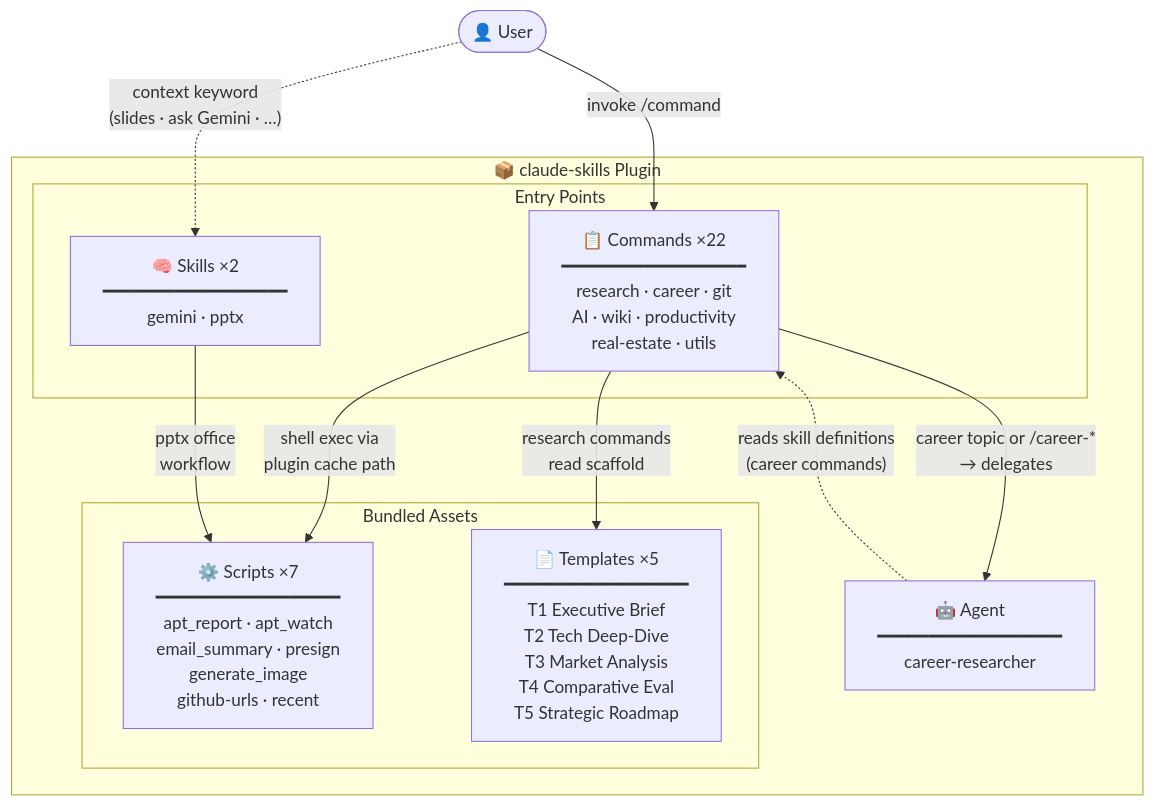
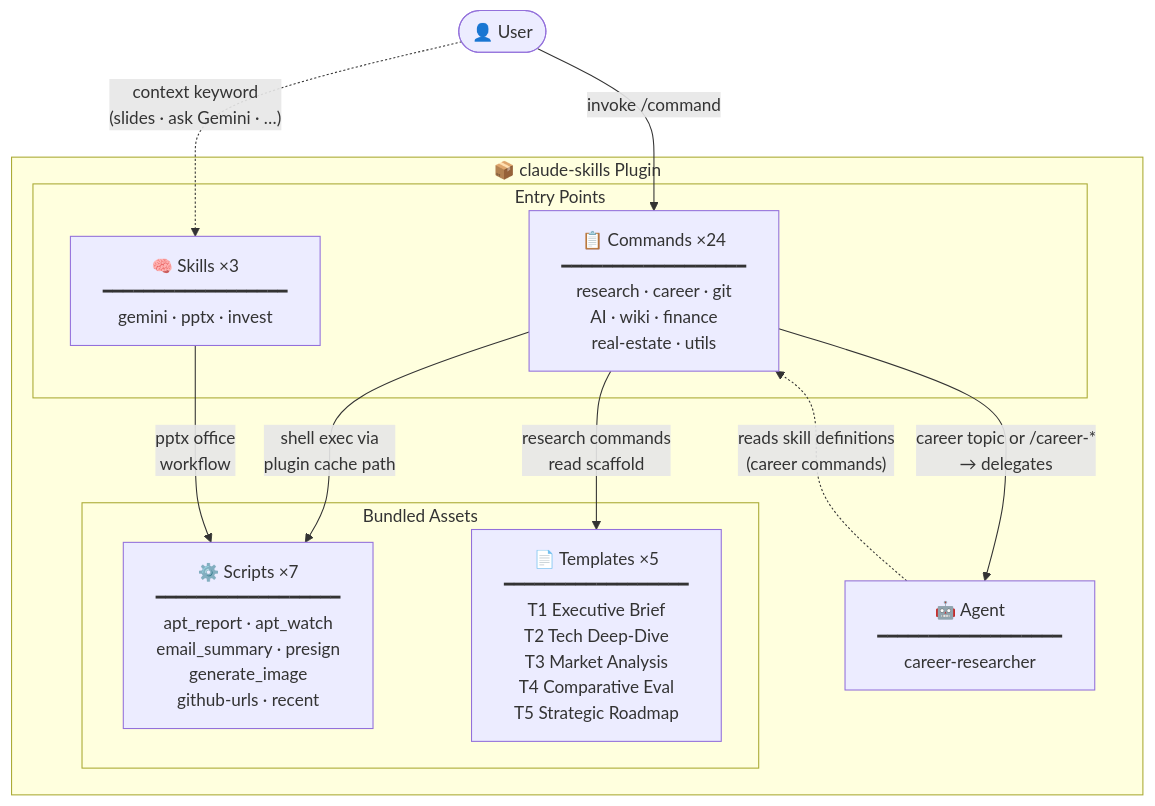
One commit to liks79/claude-skills changed the diagram in README.md. Above: the diagram before and after it, drawn with Mermaid. The commit also changed other lines of this file and 5 other files, not shown here.

First line of the commit message:
feat: add /invest and /share commands with invest skill and T6 template

````diff
--- a/README.md
+++ b/README.md
@@ -14,27 +14,27 @@
 ```mermaid
 flowchart TD
     User(["👤 User"])
 
     subgraph Plugin["📦  claude-skills  Plugin"]
         subgraph Entry["Entry Points"]
-            CMDS["📋 Commands  ×22\n━━━━━━━━━━━━━━━━━━\nresearch · career · git\nAI · wiki · productivity\nreal-estate · utils"]
-            SKILLS["🧠 Skills  ×2\n━━━━━━━━━━━━━━━━━━\ngemini  ·  pptx"]
+            CMDS["📋 Commands  ×24\n━━━━━━━━━━━━━━━━━━\nresearch · career · git\nAI · wiki · finance\nreal-estate · utils"]
+            SKILLS["🧠 Skills  ×3\n━━━━━━━━━━━━━━━━━━\ngemini  ·  pptx  ·  invest"]
         end
 
         AGENT["🤖 Agent\n━━━━━━━━━━━━━━━━━━\ncareer-researcher"]
 
         subgraph Assets["Bundled Assets"]
             SCRIPTS["⚙️ Scripts  ×7\n━━━━━━━━━━━━━━━━━━\napt_report · apt_watch\nemail_summary · presign\ngenerate_image\ngithub-urls · recent"]
             TMPLS["📄 Templates  ×5\n━━━━━━━━━━━━━━━━━━\nT1 Executive Brief\nT2 Tech Deep-Dive\nT3 Market Analysis\nT4 Comparative Eval\nT5 Strategic Roadmap"]
         end
     end
 
     User -->|"invoke /command"| CMDS
     User -. "context keyword\n(slides · ask Gemini · …)" .-> SKILLS
 
     CMDS -->|"career topic or /career-*\n→ delegates"| AGENT
     AGENT -. "reads skill definitions\n(career commands)" .-> CMDS
     CMDS -->|"shell exec via\nplugin cache path"| SCRIPTS
     CMDS -->|"research commands\nread scaffold"| TMPLS
     SKILLS -->|"pptx office\nworkflow"| SCRIPTS
 ```
````
